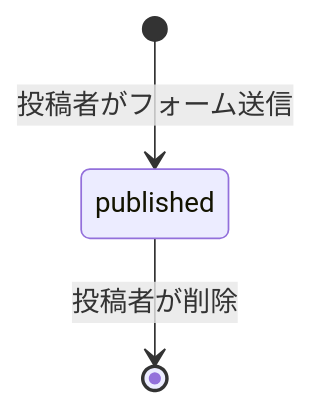
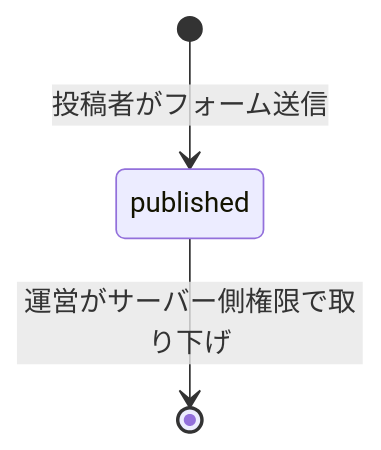
The fifth of 5 diagrams in docs/ARCHITECTURE_OVERVIEW.md (yasusudas/anokoro-museum), drawn with Mermaid before and after one commit. The commit also changed 2 other files, not shown here.

Commit message:
fix: レビュー指摘に合わせて投稿と権限の仕様を修正

````diff
--- a/docs/ARCHITECTURE_OVERVIEW.md
+++ b/docs/ARCHITECTURE_OVERVIEW.md
@@ -87,5 +87,5 @@
 ```mermaid
 stateDiagram-v2
   [*] --> published: 投稿者がフォーム送信
-  published --> [*]: 投稿者が削除
+  published --> [*]: 運営がサーバー側権限で取り下げ
 ```
````
